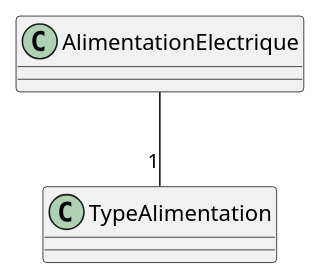
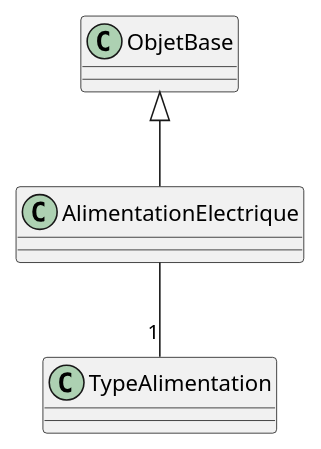
The diagram in alimentationElectrique.iuml (beerfactory/brewbox-uml), drawn with PlantUML before and after one commit. The commit also changed 5 other files, not shown here.

Commit message:
Déplacement Environnement et AlimentationElectrique

```diff
--- a/alimentationElectrique.iuml
+++ b/alimentationElectrique.iuml
@@ -1,5 +1,6 @@
 class AlimentationElectrique {
 	
 }
 
+ObjetBase <|-- AlimentationElectrique
 AlimentationElectrique -- "1" TypeAlimentation
```
